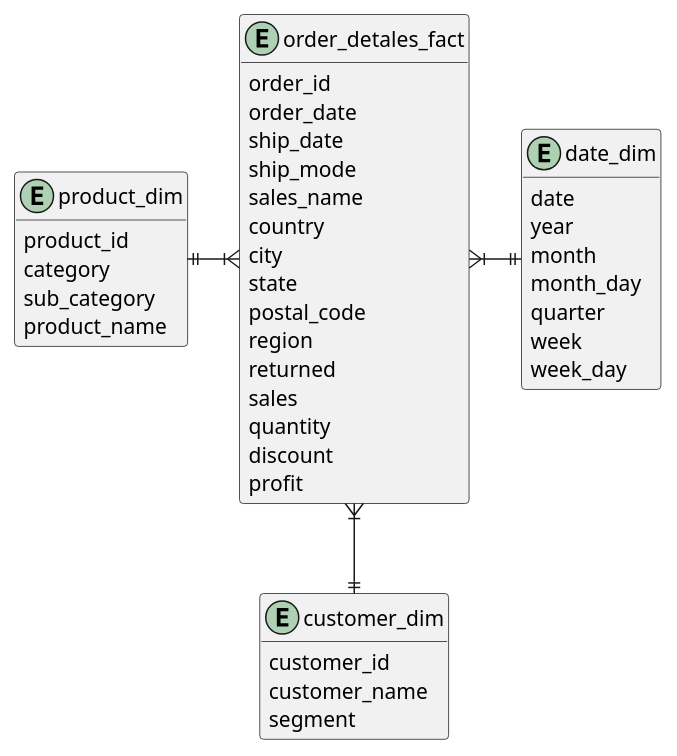
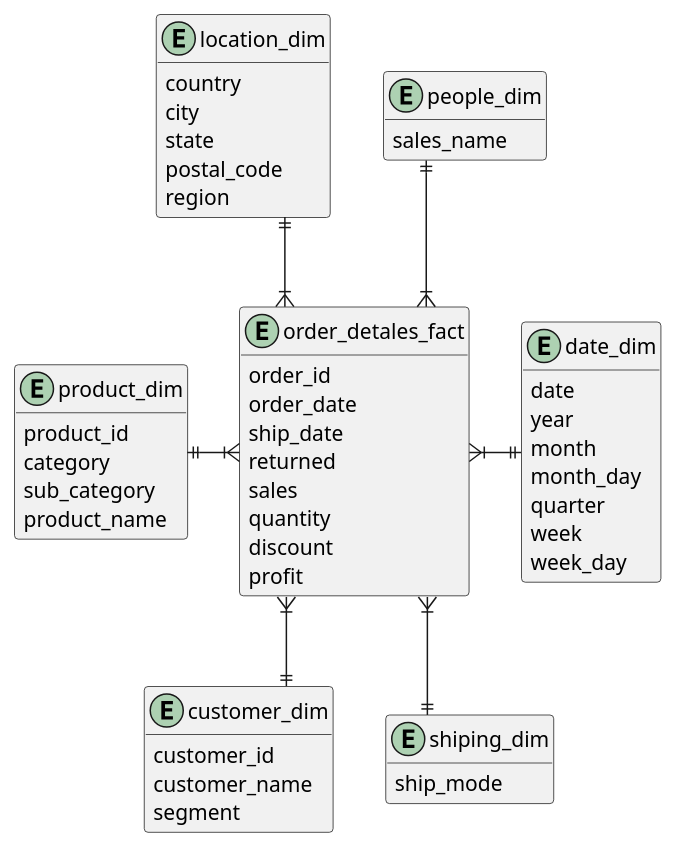
One commit to dimabugaev/DE-101 changed the second of 6 diagrams in module2/results/model.puml. Above: the diagram before and after it, drawn with PlantUML. The commit also changed other lines of this file and 8 other files, not shown here.

```diff
--- a/module2/results/model.puml
+++ b/module2/results/model.puml
@@ -20,51 +24,59 @@
 @startuml clogical_star
 
 skinparam linetype ortho
 hide methods
 
 
 entity order_detales_fact{
     order_id
     order_date
     ship_date
-    ship_mode
-    sales_name
-    country
-    city
-    state
-    postal_code
-    region
     returned
     sales
     quantity
     discount
     profit
 }
 entity customer_dim{
     customer_id
     customer_name
     segment
 }
-'entity location_dim
+entity location_dim{
+    country
+    city
+    state
+    postal_code
+    region    
+}
 entity product_dim{
     product_id
     category
     sub_category
     product_name
 }
 entity date_dim{
     date
     year
     month
     month_day
     quarter
     week
     week_day
 }
 
+entity people_dim{
+    sales_name    
+}
+entity shiping_dim{
+    ship_mode
+}
+
 customer_dim ||-u-|{ order_detales_fact
-'location_dim - order_detales_fact
+shiping_dim ||-u-|{ order_detales_fact
+location_dim ||-d-|{ order_detales_fact
+people_dim ||-d-|{ order_detales_fact
 product_dim ||-|{ order_detales_fact
 date_dim ||-l-|{ order_detales_fact
 
 @enduml
```
